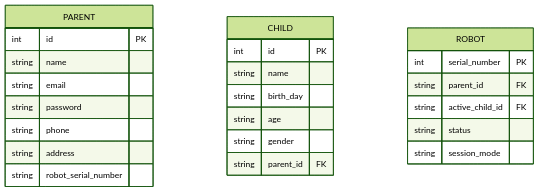
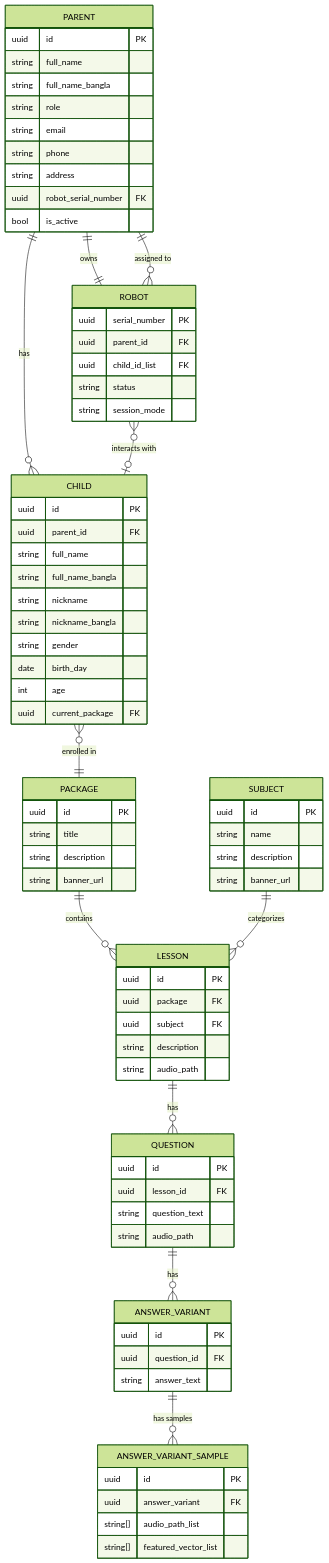
Before and after one commit to tanvirsaklan/kidvive: diagram 18 of 21 in tokipanda/tokipanda.md, drawn with Mermaid (forest theme). The commit also changed other lines of this file and 3 other files, not shown here.

````diff
--- a/tokipanda/tokipanda.md
+++ b/tokipanda/tokipanda.md
@@ -533,27 +923,88 @@
 ```mermaid
 erDiagram
+    PACKAGE {
+        uuid id PK
+        string title
+        string description
+        string banner_url
+    }
+
+    SUBJECT {
+        uuid id PK
+        string name
+        string description
+        string banner_url
+    }
+
+    LESSON {
+        uuid id PK
+        uuid package FK
+        uuid subject FK
+        string description
+        string audio_path
+    }
+
+    QUESTION {
+        uuid id PK
+        uuid lesson_id FK
+        string question_text
+        string audio_path
+    }
+
+    ANSWER_VARIANT {
+        uuid id PK
+        uuid question_id FK
+        string answer_text
+    }
+
+    ANSWER_VARIANT_SAMPLE {
+        uuid id PK
+        uuid answer_variant FK
+        string[] audio_path_list
+        string[] featured_vector_list
+    }
+
     PARENT {
-        int id PK
-        string name
+        uuid id PK
+        string full_name
+        string full_name_bangla
+        string role
         string email
-        string password
         string phone
         string address
-        string robot_serial_number
+        uuid robot_serial_number FK
+        bool is_active
     }
+
     CHILD {
-        int id PK
-        string name
-        string birth_day
-        string age
+        uuid id PK
+        uuid parent_id FK
+        string full_name
+        string full_name_bangla
+        string nickname
+        string nickname_bangla
         string gender
-        string parent_id FK
+        date birth_day
+        int age
+        uuid current_package FK
     }
+
     ROBOT {
-        int serial_number PK
-        string parent_id FK
-        string active_child_id FK
+        uuid serial_number PK
+        uuid parent_id FK
+        uuid child_id_list FK
         string status
         string session_mode
     }
+
+    PACKAGE ||--o{ LESSON : "contains"
+    SUBJECT ||--o{ LESSON : "categorizes"
+    LESSON ||--o{ QUESTION : "has"
+    QUESTION ||--o{ ANSWER_VARIANT : "has"
+    ANSWER_VARIANT ||--o{ ANSWER_VARIANT_SAMPLE : "has samples"
+    PARENT ||--o{ CHILD : "has"
+    PARENT ||--|| ROBOT : "owns"
+    CHILD }o--|| PACKAGE : "enrolled in"
+    ROBOT }o--|| PARENT : "assigned to"
+    ROBOT }o--o| CHILD : "interacts with"
 ```
````
